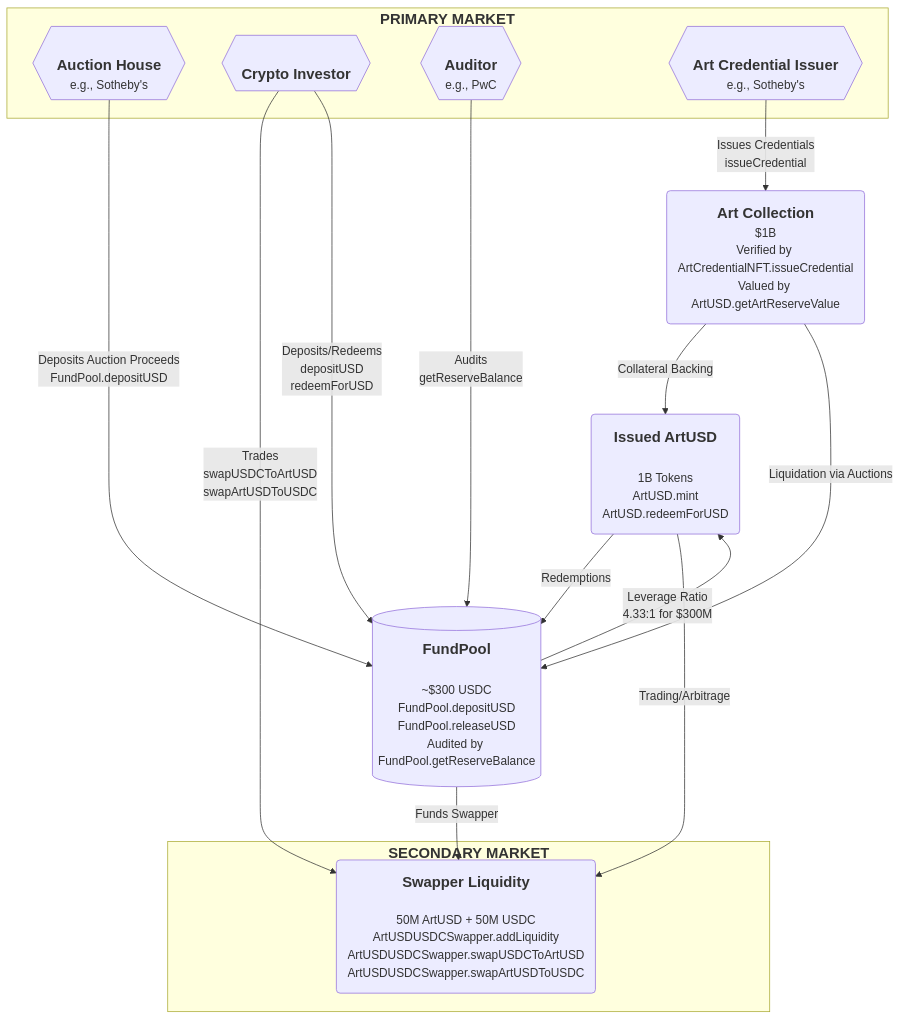
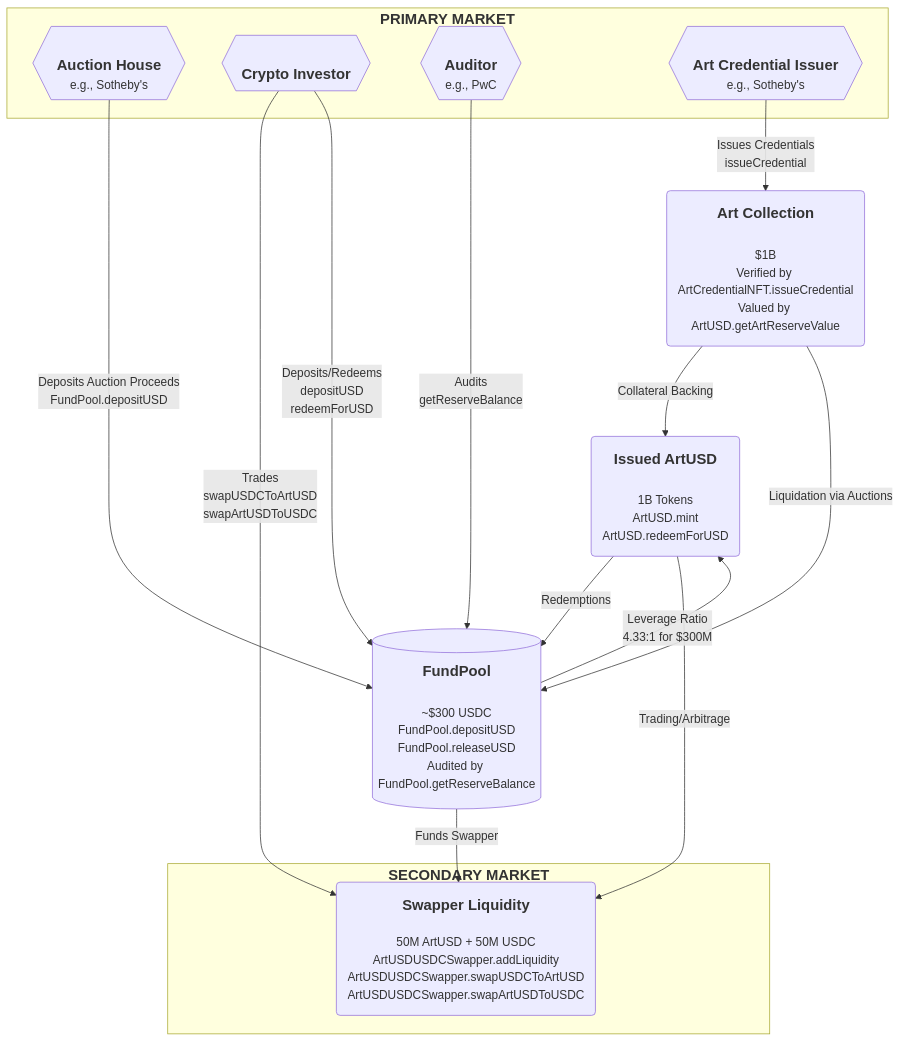
One commit to realmatterio/ArtUSD changed the second of 2 diagrams in README.md. Above: the diagram before and after it, drawn with Mermaid. The commit also changed other lines of this file, not shown here.

````diff
--- a/README.md
+++ b/README.md
@@ -272,35 +273,35 @@
 ```mermaid
 
 graph TD
 
-    A(<b style="font-size: 20px;">Art Collection<br></b>$1B<br>Verified by ArtCredentialNFT.issueCredential<br>Valued by ArtUSD.getArtReserveValue)
+    A(<b style="font-size: 20px;">Art Collection<br><br></b>$1B<br>Verified by ArtCredentialNFT.issueCredential<br>Valued by ArtUSD.getArtReserveValue)
     B(<b style="font-size: 20px;">Issued ArtUSD<br><br></b>1B Tokens<br>ArtUSD.mint<br>ArtUSD.redeemForUSD)
     C[(<b style="font-size: 20px;">FundPool<br><br></b>~$300 USDC<br>FundPool.depositUSD<br>FundPool.releaseUSD<br>Audited by FundPool.getReserveBalance)]
 
     subgraph "`<b style="font-size: 20px;">PRIMARY MARKET</b>`"
         E{{<b style="font-size: 20px;"><br>Auction House<br></b>e.g., Sotheby's}}
         F{{<b style="font-size: 20px;"><br>Crypto Investor</b>}}
         G{{<b style="font-size: 20px;"><br>Auditor<br></b>e.g., PwC}}
         H{{<b style="font-size: 20px;"><br>Art Credential Issuer<br></b>e.g., Sotheby's}}
     end
 
-    subgraph "`<b style="font-size: 20px;">SECONDARY MARKET</b>`"
+    subgraph "`<b style="font-size: 20px;">SECONDARY MARKET</b><br><br>`"
         D(<b style="font-size: 20px;">Swapper Liquidity<br></b><br>50M ArtUSD + 50M USDC<br>ArtUSDUSDCSwapper.addLiquidity<br>ArtUSDUSDCSwapper.swapUSDCToArtUSD<br>ArtUSDUSDCSwapper.swapArtUSDToUSDC)
     end
 
     A -->|Collateral Backing| B
     A -->|Liquidation via Auctions| C
     
     B -->|Redemptions| C
     B -->|Trading/Arbitrage| D
     
     C -->|Funds Swapper| D
     C -->|Leverage Ratio<br>4.33:1 for $300M<br>| B
     
     E -->|Deposits Auction Proceeds<br>FundPool.depositUSD| C
     F -->|Trades<br>swapUSDCToArtUSD<br>swapArtUSDToUSDC| D
     F -->|Deposits/Redeems<br>depositUSD<br>redeemForUSD| C
     G -->|Audits<br>getReserveBalance| C
     H -->|Issues Credentials<br>issueCredential| A
 
 ```
````
